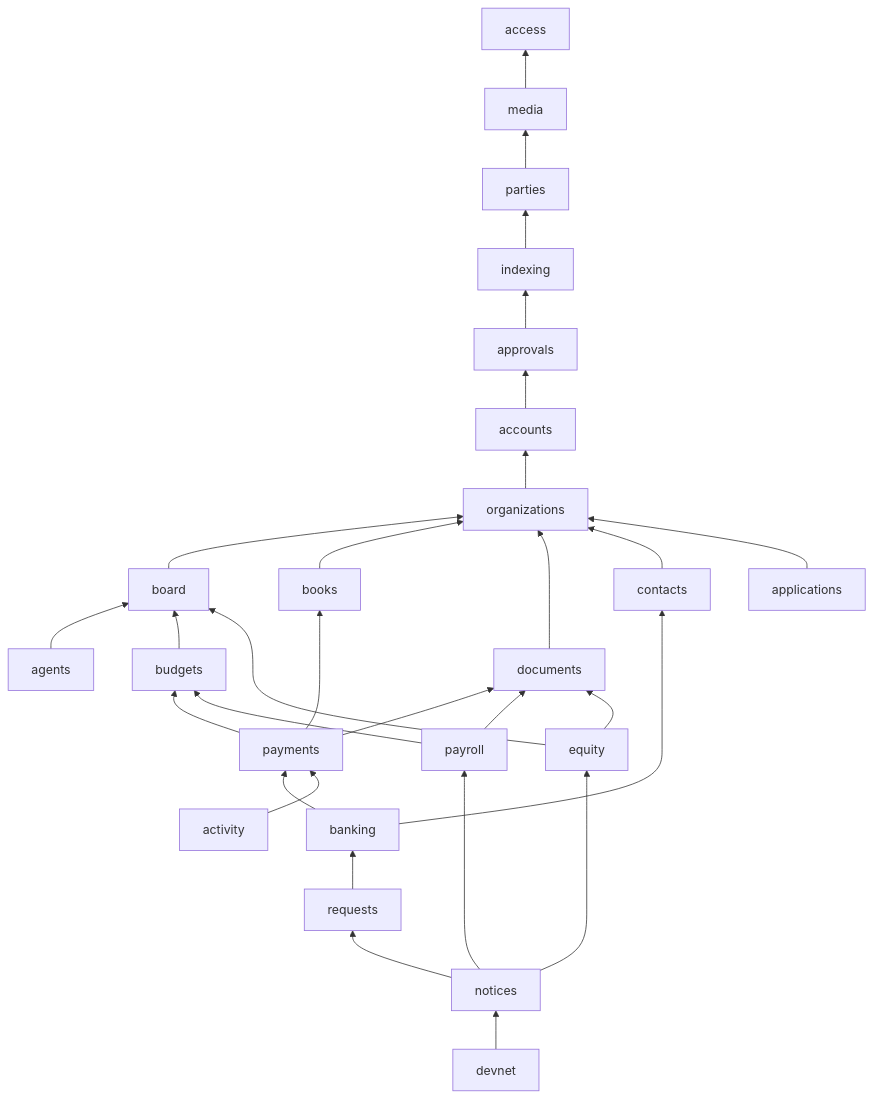
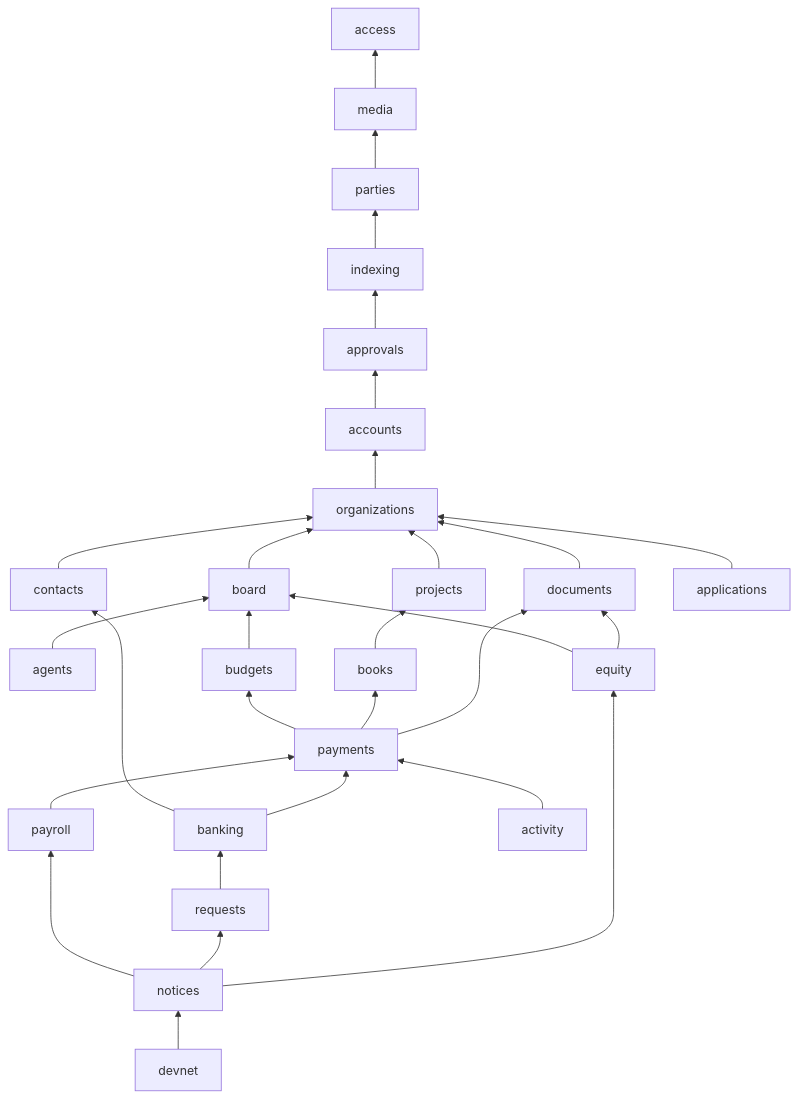
The second of 2 diagrams in docs/decisions/target-architecture.md (AaronAbuUsama/capxul-next), drawn with Mermaid before and after one commit. The commit also changed other lines of this file and 32 other files, not shown here.

````diff
--- a/docs/decisions/target-architecture.md
+++ b/docs/decisions/target-architecture.md
@@ -151,31 +153,31 @@
 ```mermaid
 flowchart BT
   media --> access
   parties --> media
   indexing --> parties
   approvals --> indexing
   accounts --> approvals
   organizations --> accounts
   board --> organizations
   agents --> board
+  projects --> organizations
   budgets --> board
-  books --> organizations
+  books --> projects
   documents --> organizations
   contacts --> organizations
   payments --> budgets
   payments --> books
   payments --> documents
-  payroll --> budgets
-  payroll --> documents
+  payroll --> payments
   banking --> contacts
   banking --> payments
   requests --> banking
   applications --> organizations
   equity --> board
   equity --> documents
   activity --> payments
   notices --> payroll
   notices --> requests
   notices --> equity
   devnet --> notices
 ```
````
